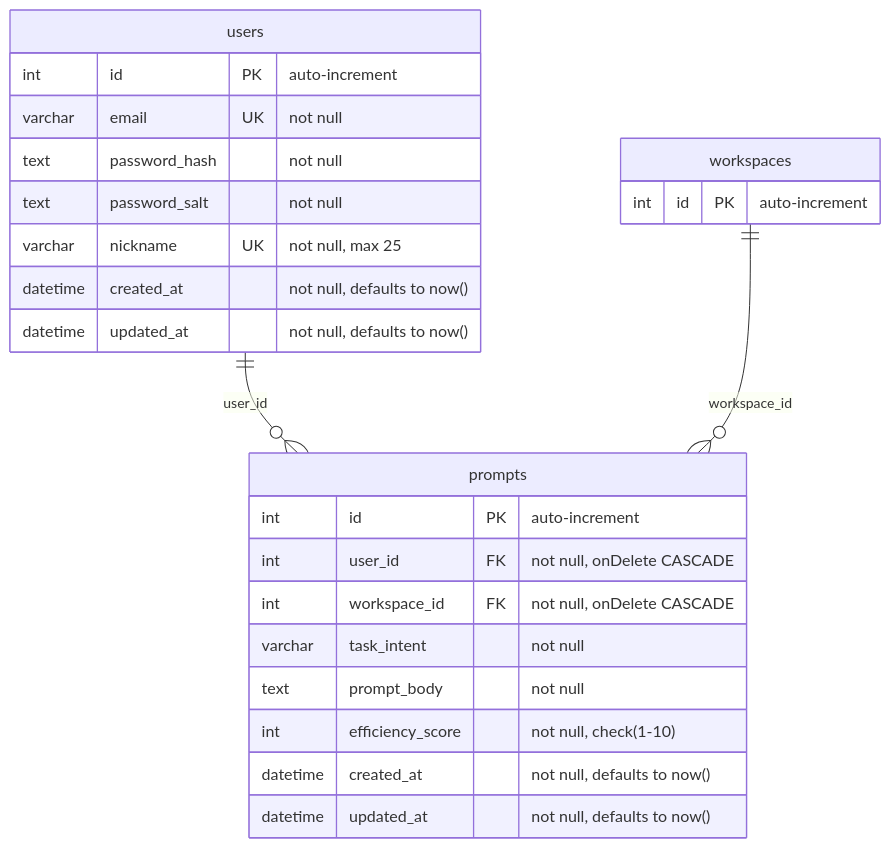
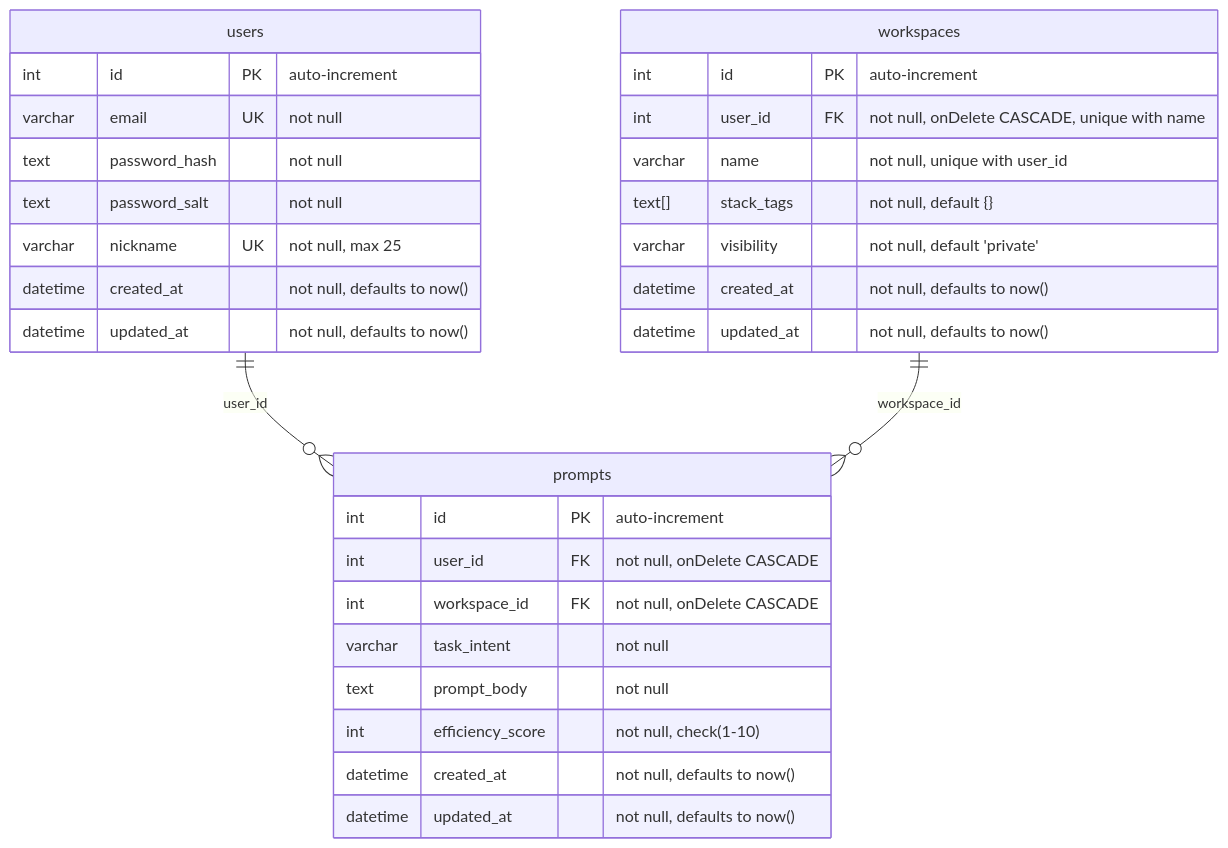
One commit to BinaryStudioAcademy/bsa-2026-promtomat changed the diagram in readme.md. Above: the diagram before and after it, drawn with Mermaid.

Commit message:
docs: document the workspace table in the readme pm-68

````diff
--- a/readme.md
+++ b/readme.md
@@ -40,30 +40,36 @@
 ```mermaid
 erDiagram
     users ||--o{ prompts : "user_id"
     workspaces ||--o{ prompts : "workspace_id"
 
     users {
         int id PK "auto-increment"
         varchar email UK "not null"
         text password_hash "not null"
         text password_salt "not null"
         varchar nickname UK "not null, max 25"
         datetime created_at "not null, defaults to now()"
         datetime updated_at "not null, defaults to now()"
     }
 
     workspaces {
         int id PK "auto-increment"
+        int user_id FK "not null, onDelete CASCADE, unique with name"
+        varchar name "not null, unique with user_id"
+        text[] stack_tags "not null, default {}"
+        varchar visibility "not null, default 'private'"
+        datetime created_at "not null, defaults to now()"
+        datetime updated_at "not null, defaults to now()"
     }
 
     prompts {
         int id PK "auto-increment"
         int user_id FK "not null, onDelete CASCADE"
         int workspace_id FK "not null, onDelete CASCADE"
         varchar task_intent "not null"
         text prompt_body "not null"
         int efficiency_score "not null, check(1-10)"
         datetime created_at "not null, defaults to now()"
         datetime updated_at "not null, defaults to now()"
     }
 ```
````
